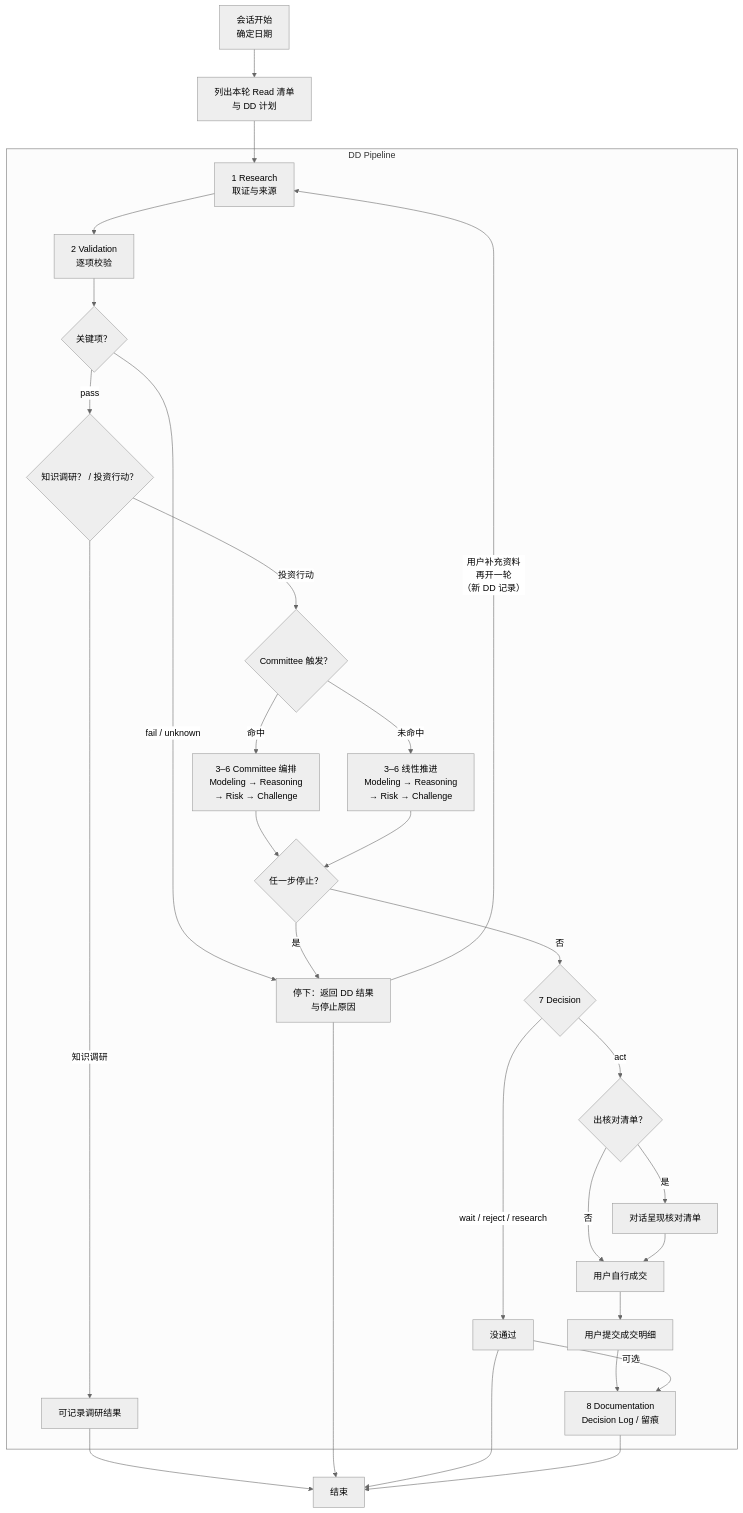
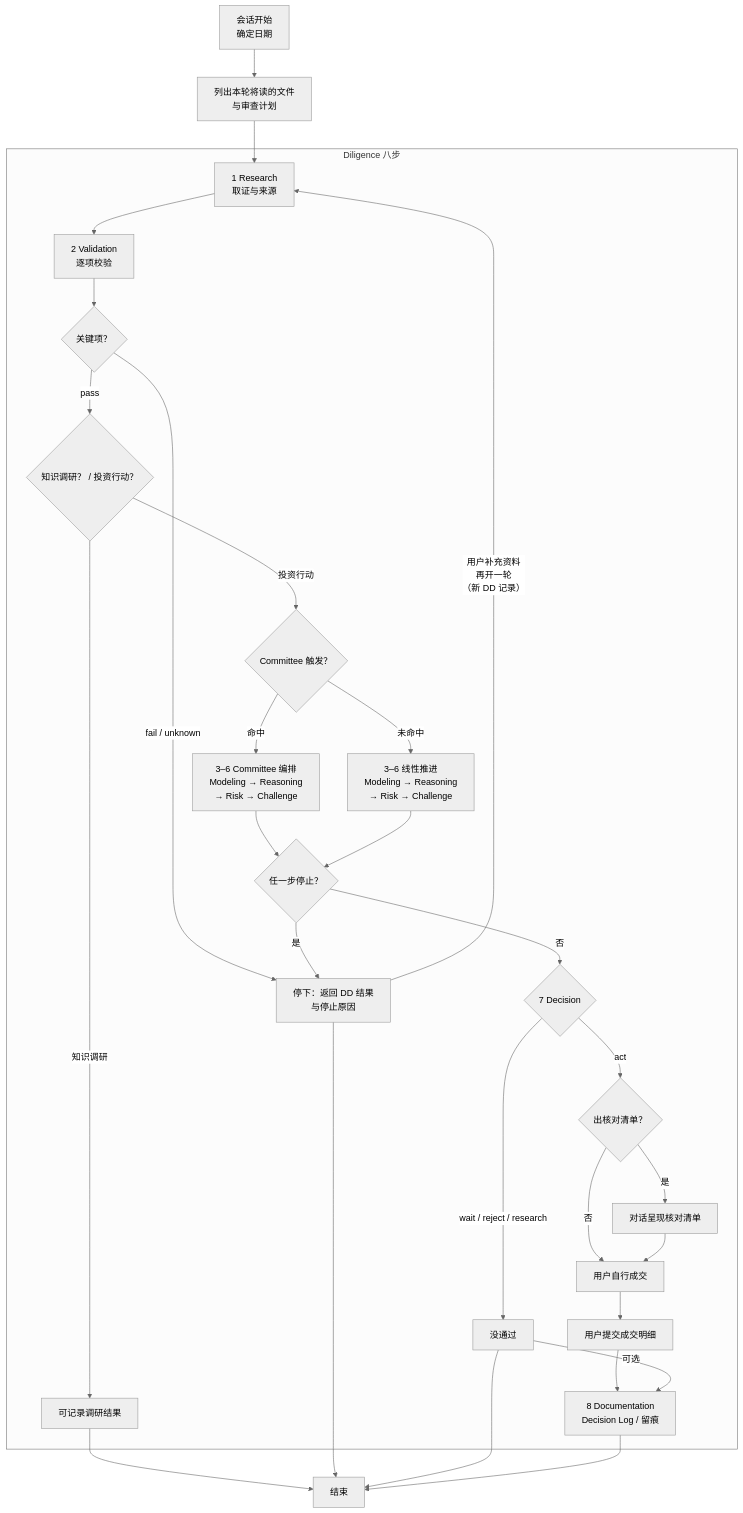
Before and after one commit to Meta11ic0/PIOS: the first of 2 diagrams in ARCHITECTURE.md, drawn with Mermaid (neutral theme). The commit also changed other lines of this file and 42 other files, not shown here.

````diff
--- a/ARCHITECTURE.md
+++ b/ARCHITECTURE.md
@@ -107,34 +108,34 @@
 ```mermaid
 flowchart TD
- S["会话开始<br/>确定日期"] --> Plan["列出本轮 Read 清单<br/>与 DD 计划"]
+ S["会话开始<br/>确定日期"] --> Plan["列出本轮将读的文件<br/>与审查计划"]
  Plan --> R["1 Research<br/>取证与来源"]
 
- subgraph RP["DD Pipeline"]
+ subgraph RP["Diligence 八步"]
   R --> V["2 Validation<br/>逐项校验"]
   V --> Check{"关键项？"}
   Check -->|fail / unknown| Stop
   Check -->|pass| Fork{"知识调研？ / 投资行动？"}
   Fork -->|知识调研| Done["可记录调研结果"]
   Fork -->|投资行动| C{"Committee 触发？"}
   C -->|命中| C36["3–6 Committee 编排<br/>Modeling → Reasoning<br/>→ Risk → Challenge"]
   C -->|未命中| L36["3–6 线性推进<br/>Modeling → Reasoning<br/> → Risk → Challenge"]
   C36 --> Mid{"任一步停止？"}
   L36 --> Mid
   Mid -->|是| Stop["停下：返回 DD 结果<br/>与停止原因"]
   Mid -->|否| DC{"7 Decision"}
   DC -->|wait / reject / research| ED["没通过"]
   DC -->|act| CL{"出核对清单？"}
   CL -->|是| LI["对话呈现核对清单"]
   CL -->|否| BK["用户自行成交"]
   LI --> BK
   BK --> WB["用户提交成交明细"]
   WB --> Doc8["8 Documentation<br/>Decision Log / 留痕"]
   Stop -->|"用户补充资料<br/>再开一轮<br/>（新 DD 记录）"|R
   ED --> |可选|Doc8
  end
 
  Done -->End["结束"]
  Stop -->End
  ED --> End
  Doc8 --> End
 ```
````
